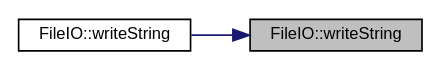
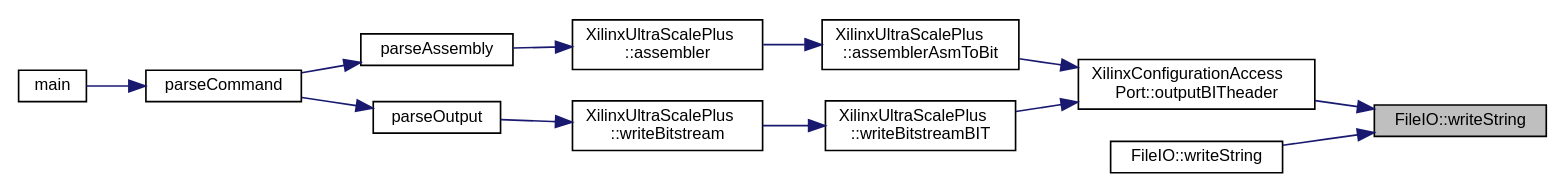
One commit to FPGA-Research-Manchester/byteman changed the diagram in namespaceFileIO_af3354ec506fedaa1272ca02c6da08cd0_icgraph.dot. Above: the diagram before and after it, drawn with Graphviz. The commit also changed 716 other files, not shown here.

```diff
--- a/namespaceFileIO_af3354ec506fedaa1272ca02c6da08cd0_icgraph.dot
+++ b/namespaceFileIO_af3354ec506fedaa1272ca02c6da08cd0_icgraph.dot
@@ -1,11 +1,30 @@
 digraph "FileIO::writeString"
 {
  // INTERACTIVE_SVG=YES
  // LATEX_PDF_SIZE
   edge [fontname="Helvetica",fontsize="10",labelfontname="Helvetica",labelfontsize="10"];
   node [fontname="Helvetica",fontsize="10",shape=record];
   rankdir="RL";
   Node1 [label="FileIO::writeString",height=0.2,width=0.4,color="black", fillcolor="grey75", style="filled", fontcolor="black",tooltip=" "];
   Node1 -> Node2 [dir="back",color="midnightblue",fontsize="10",style="solid",fontname="Helvetica"];
-  Node2 [label="FileIO::writeString",height=0.2,width=0.4,color="black", fillcolor="white", style="filled",URL="$namespaceFileIO.html#af53ead3bdfc65340b5f46c46dd9ce578",tooltip=" "];
+  Node2 [label="XilinxConfigurationAccess\lPort::outputBITheader",height=0.2,width=0.4,color="black", fillcolor="white", style="filled",URL="$classXilinxConfigurationAccessPort.html#a80c8f1b9404adad15c0eb26612e0f028",tooltip=" "];
+  Node2 -> Node3 [dir="back",color="midnightblue",fontsize="10",style="solid",fontname="Helvetica"];
+  Node3 [label="XilinxUltraScalePlus\l::assemblerAsmToBit",height=0.2,width=0.4,color="black", fillcolor="white", style="filled",URL="$classXilinxUltraScalePlus.html#a058802c627c4177c6fd88ca079551207",tooltip=" "];
+  Node3 -> Node4 [dir="back",color="midnightblue",fontsize="10",style="solid",fontname="Helvetica"];
+  Node4 [label="XilinxUltraScalePlus\l::assembler",height=0.2,width=0.4,color="black", fillcolor="white", style="filled",URL="$classXilinxUltraScalePlus.html#a53e5f6ec962f1f2a961f90b8b9e90e10",tooltip=" "];
+  Node4 -> Node5 [dir="back",color="midnightblue",fontsize="10",style="solid",fontname="Helvetica"];
+  Node5 [label="parseAssembly",height=0.2,width=0.4,color="black", fillcolor="white", style="filled",URL="$byteman_8cpp.html#abdebe35e6ba3749eaa14350ca0942419",tooltip=" "];
+  Node5 -> Node6 [dir="back",color="midnightblue",fontsize="10",style="solid",fontname="Helvetica"];
+  Node6 [label="parseCommand",height=0.2,width=0.4,color="black", fillcolor="white", style="filled",URL="$byteman_8cpp.html#a913ad3944130fafece24fe460db9b6aa",tooltip=" "];
+  Node6 -> Node7 [dir="back",color="midnightblue",fontsize="10",style="solid",fontname="Helvetica"];
+  Node7 [label="main",height=0.2,width=0.4,color="black", fillcolor="white", style="filled",URL="$byteman_8cpp.html#a0ddf1224851353fc92bfbff6f499fa97",tooltip=" "];
+  Node2 -> Node8 [dir="back",color="midnightblue",fontsize="10",style="solid",fontname="Helvetica"];
+  Node8 [label="XilinxUltraScalePlus\l::writeBitstreamBIT",height=0.2,width=0.4,color="black", fillcolor="white", style="filled",URL="$classXilinxUltraScalePlus.html#aafc764306446548f9127f3e30759af49",tooltip=" "];
+  Node8 -> Node9 [dir="back",color="midnightblue",fontsize="10",style="solid",fontname="Helvetica"];
+  Node9 [label="XilinxUltraScalePlus\l::writeBitstream",height=0.2,width=0.4,color="black", fillcolor="white", style="filled",URL="$classXilinxUltraScalePlus.html#a7f2a7c34766d004adc6f1cfe1bdd62e7",tooltip=" "];
+  Node9 -> Node10 [dir="back",color="midnightblue",fontsize="10",style="solid",fontname="Helvetica"];
+  Node10 [label="parseOutput",height=0.2,width=0.4,color="black", fillcolor="white", style="filled",URL="$byteman_8cpp.html#a6864a632485326d2049256aeb01cc4cf",tooltip=" "];
+  Node10 -> Node6 [dir="back",color="midnightblue",fontsize="10",style="solid",fontname="Helvetica"];
+  Node1 -> Node11 [dir="back",color="midnightblue",fontsize="10",style="solid",fontname="Helvetica"];
+  Node11 [label="FileIO::writeString",height=0.2,width=0.4,color="black", fillcolor="white", style="filled",URL="$namespaceFileIO.html#af53ead3bdfc65340b5f46c46dd9ce578",tooltip=" "];
 }
```
